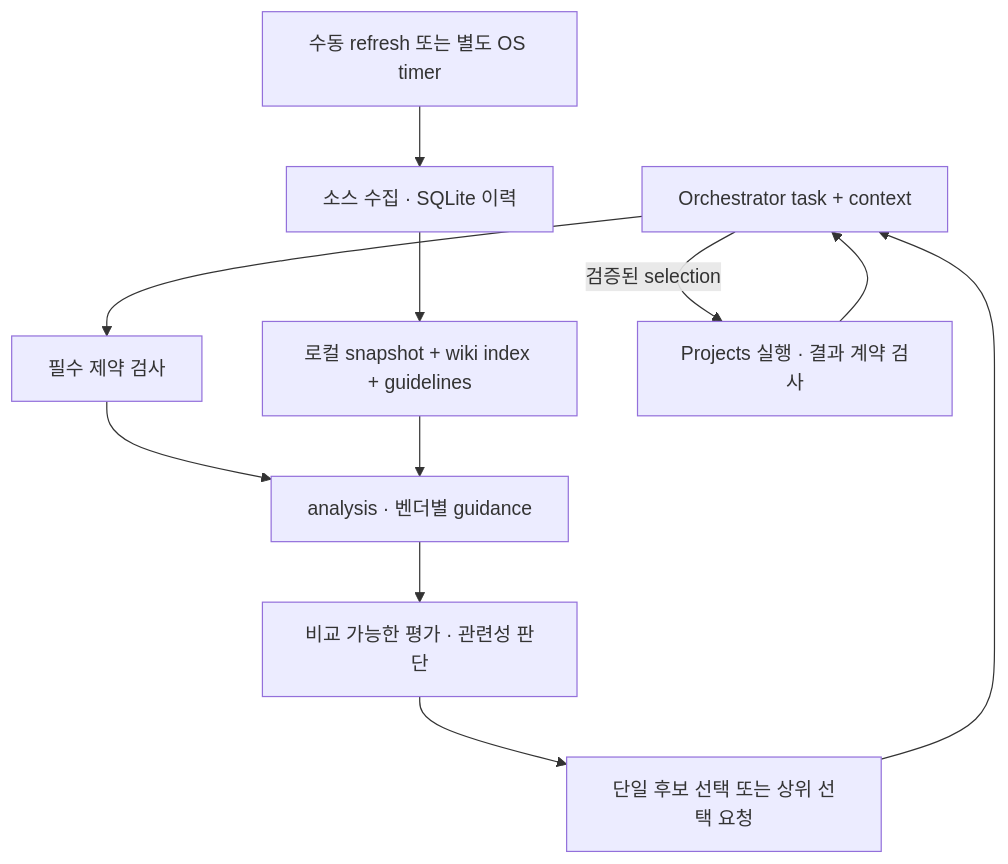
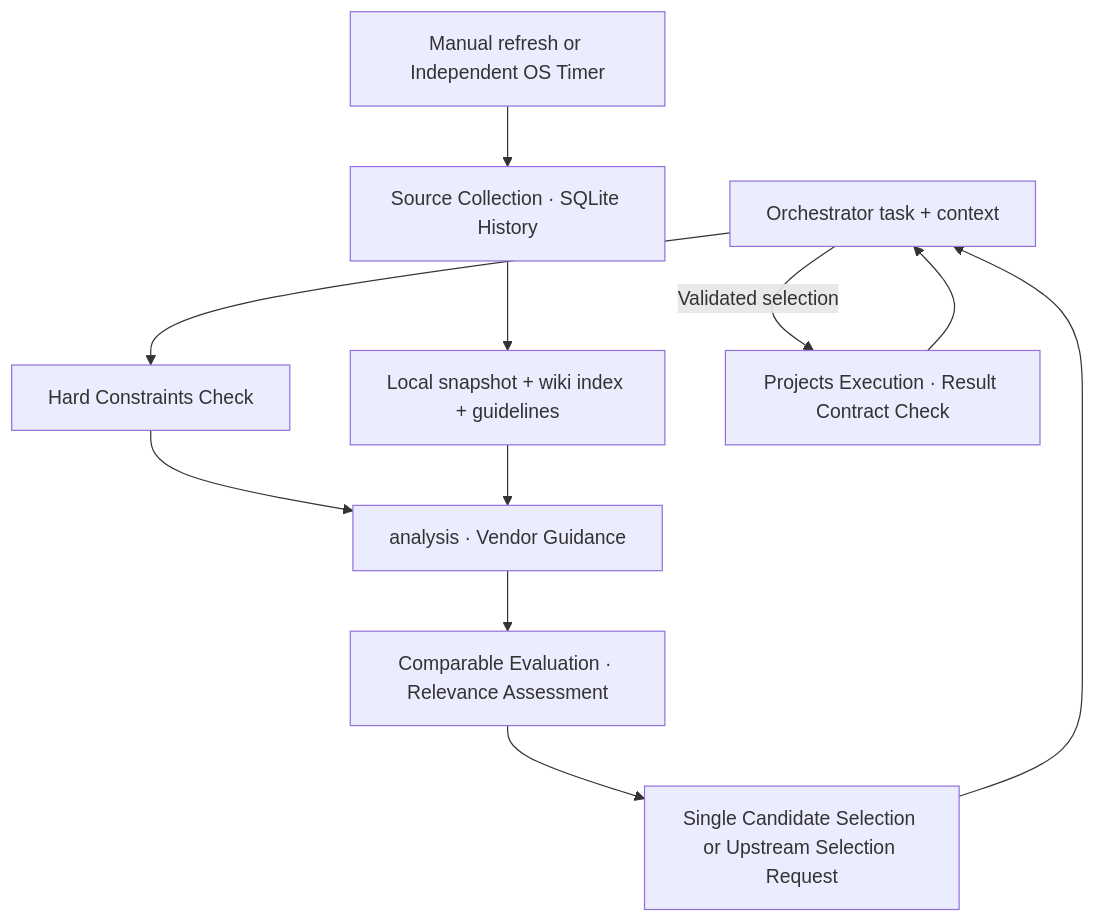
Before and after one commit to hjlim4u/bench-router: the diagram in 03_ROUTING_AND_DATA_SPEC.md, drawn with Mermaid. The commit also changed other lines of this file and 6 other files, not shown here.

````diff
--- a/03_ROUTING_AND_DATA_SPEC.md
+++ b/03_ROUTING_AND_DATA_SPEC.md
@@ -7,13 +7,13 @@
 ```mermaid
 flowchart TD
-  O[Orchestrator task + context] --> C[필수 제약 검사]
-  C --> A[analysis · 벤더별 guidance]
-  S[로컬 snapshot + wiki index + guidelines] --> A
-  A --> B[비교 가능한 평가 · 관련성 판단]
-  B --> P[단일 후보 선택 또는 상위 선택 요청]
+  O["Orchestrator task + context"] --> C["Hard Constraints Check"]
+  C --> A["analysis · Vendor Guidance"]
+  S["Local snapshot + wiki index + guidelines"] --> A
+  A --> B["Comparable Evaluation · Relevance Assessment"]
+  B --> P["Single Candidate Selection or Upstream Selection Request"]
   P --> O
-  O -->|검증된 selection| E[Projects 실행 · 결과 계약 검사]
+  O -->|"Validated selection"| E["Projects Execution · Result Contract Check"]
   E --> O
-  T[수동 refresh 또는 별도 OS timer] --> F[소스 수집 · SQLite 이력]
+  T["Manual refresh or Independent OS Timer"] --> F["Source Collection · SQLite History"]
   F --> S
 ```
````
